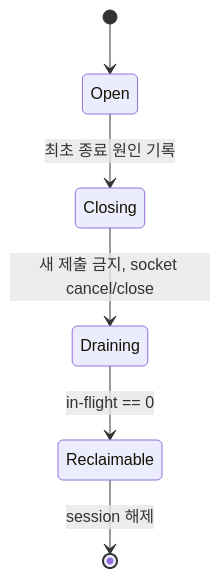
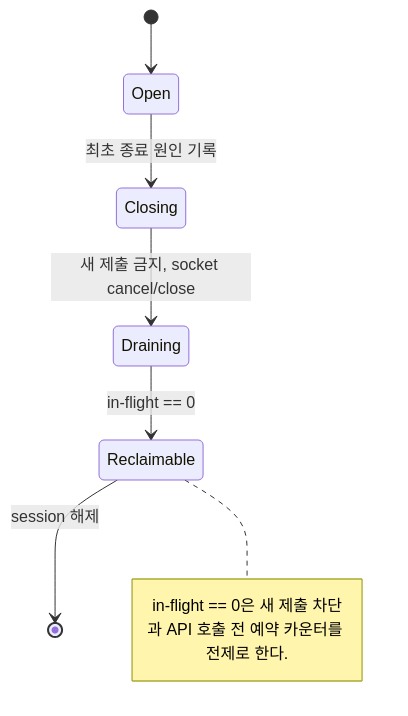
The fifth of 5 diagrams in system/part17_windows_iocp.md (Rein-ArXiv/game-dev-curriculum), drawn with Mermaid before and after one commit. The commit also changed other lines of this file and 279 other files, not shown here.

````diff
--- a/system/part17_windows_iocp.md
+++ b/system/part17_windows_iocp.md
@@ -376,8 +384,11 @@
 ```mermaid
 stateDiagram-v2
     [*] --> Open
     Open --> Closing: 최초 종료 원인 기록
     Closing --> Draining: 새 제출 금지, socket cancel/close
     Draining --> Reclaimable: in-flight == 0
     Reclaimable --> [*]: session 해제
+    note right of Reclaimable
+        in-flight == 0은 새 제출 차단과 API 호출 전 예약 카운터를 전제로 한다.
+    end note
 ```
````
